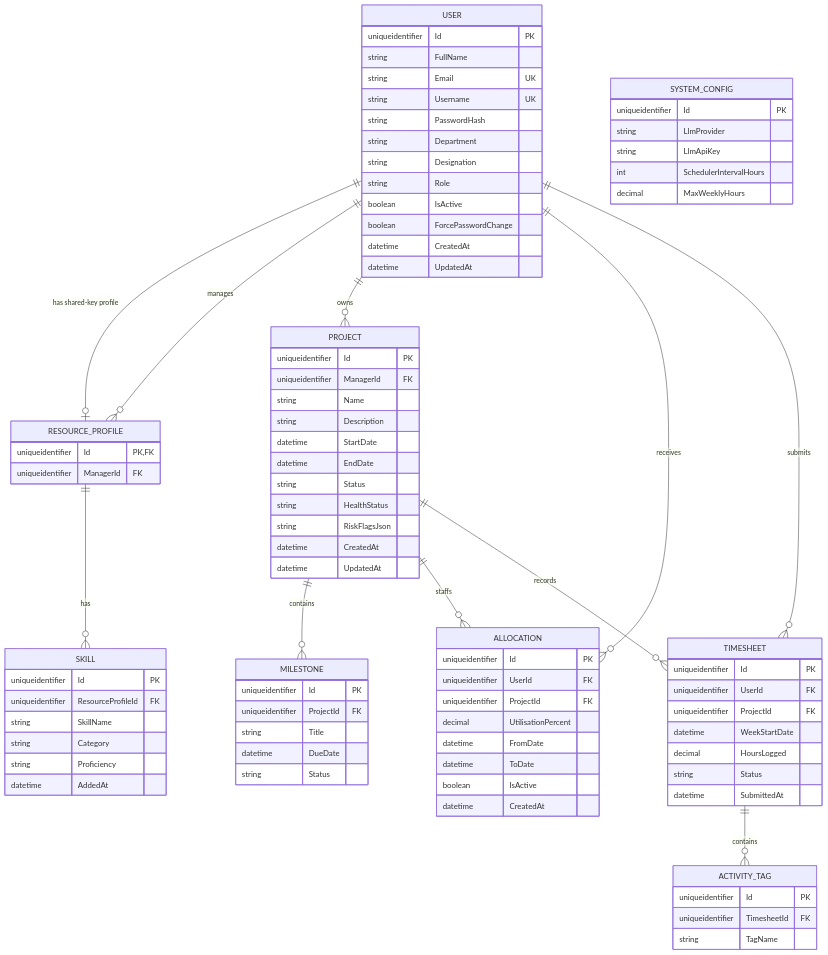
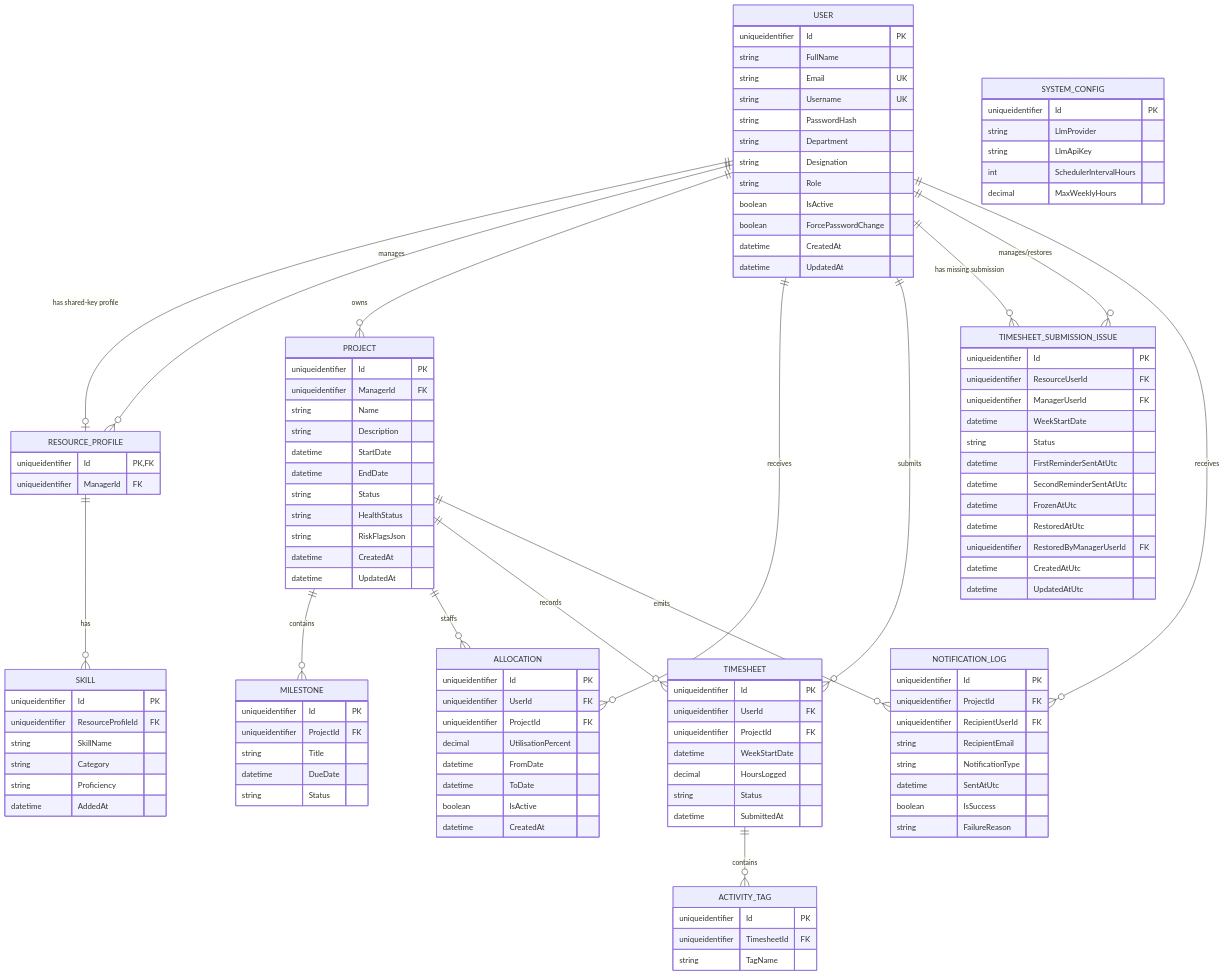
One commit to AayushGargITT/AayushGarg-LearnCode-2025-26 changed diagram 22 of 22 in ResourceMindAi/readme.md. Above: the diagram before and after it, drawn with Mermaid. The commit also changed other lines of this file and 78 other files, not shown here.

```diff
--- a/ResourceMindAi/readme.md
+++ b/ResourceMindAi/readme.md
@@ -792,10 +1232,14 @@
     USER ||--o{ PROJECT : "owns"
     USER ||--o{ ALLOCATION : "receives"
     USER ||--o{ TIMESHEET : "submits"
+    USER ||--o{ TIMESHEET_SUBMISSION_ISSUE : "has missing submission"
+    USER ||--o{ TIMESHEET_SUBMISSION_ISSUE : "manages/restores"
+    USER ||--o{ NOTIFICATION_LOG : "receives"
     RESOURCE_PROFILE ||--o{ SKILL : "has"
     PROJECT ||--o{ MILESTONE : "contains"
     PROJECT ||--o{ ALLOCATION : "staffs"
     PROJECT ||--o{ TIMESHEET : "records"
+    PROJECT ||--o{ NOTIFICATION_LOG : "emits"
     TIMESHEET ||--o{ ACTIVITY_TAG : "contains"
 
     USER {
@@ -876,6 +1320,32 @@
         string TagName
     }
 
+    TIMESHEET_SUBMISSION_ISSUE {
+        uniqueidentifier Id PK
+        uniqueidentifier ResourceUserId FK
+        uniqueidentifier ManagerUserId FK
+        datetime WeekStartDate
+        string Status
+        datetime FirstReminderSentAtUtc
+        datetime SecondReminderSentAtUtc
+        datetime FrozenAtUtc
+        datetime RestoredAtUtc
+        uniqueidentifier RestoredByManagerUserId FK
+        datetime CreatedAtUtc
+        datetime UpdatedAtUtc
+    }
+
+    NOTIFICATION_LOG {
+        uniqueidentifier Id PK
+        uniqueidentifier ProjectId FK
+        uniqueidentifier RecipientUserId FK
+        string RecipientEmail
+        string NotificationType
+        datetime SentAtUtc
+        boolean IsSuccess
+        string FailureReason
+    }
+
     SYSTEM_CONFIG {
         uniqueidentifier Id PK
         string LlmProvider
```
